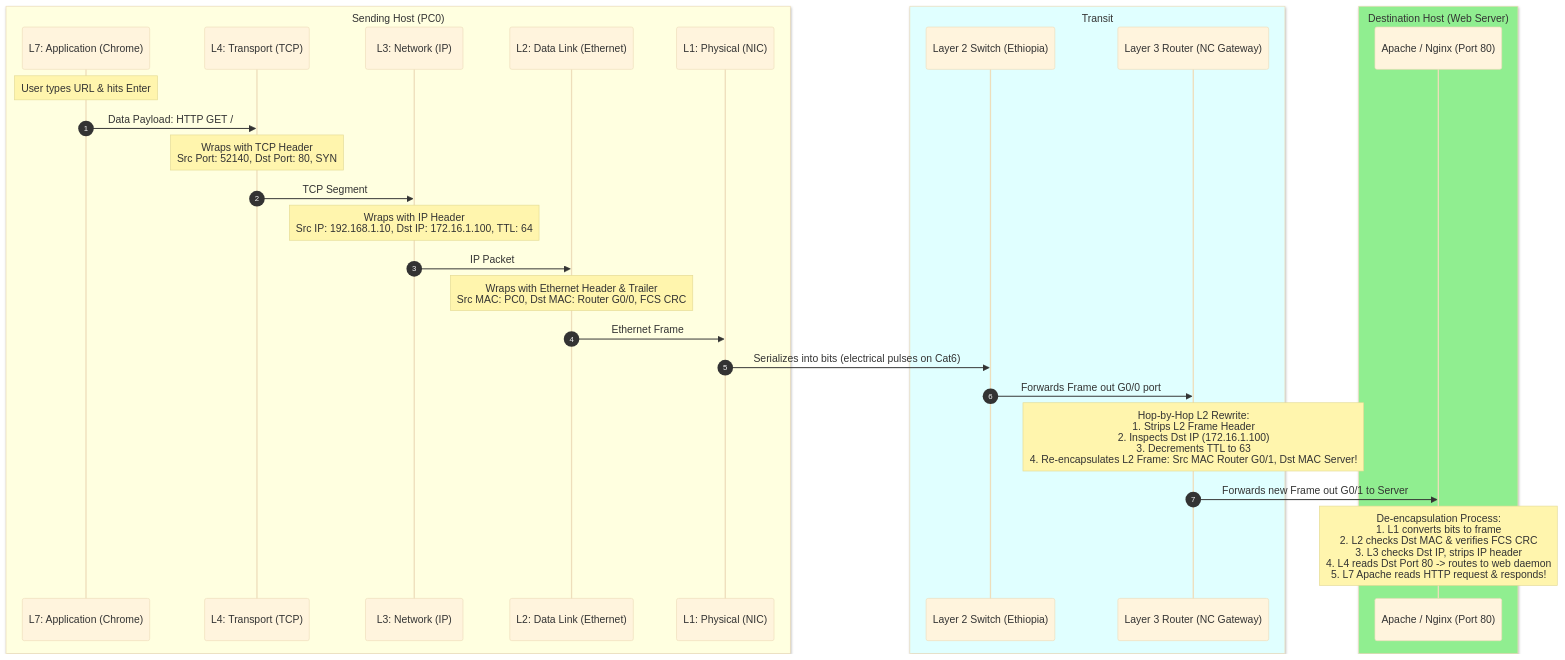
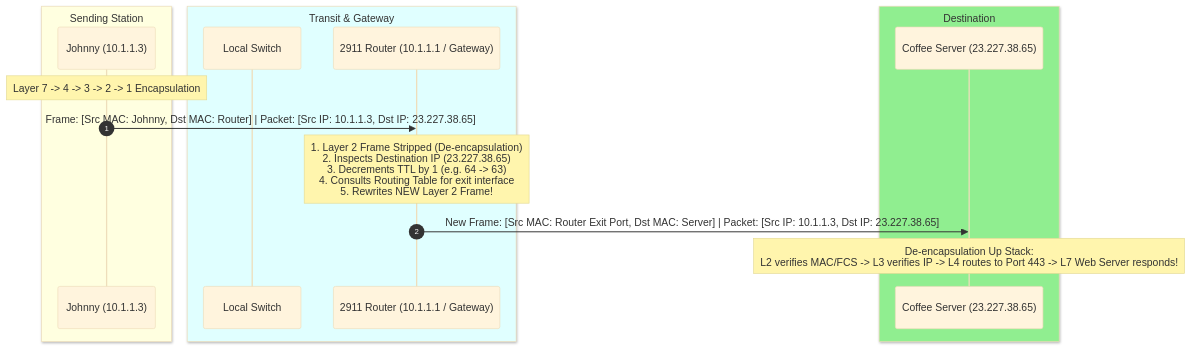
Before and after one commit to karnVen/LainNet: the diagram in 04 - REAL LIFE example (TCPIP and OSI layers) -- FREE CCNA -- EP 4.md, drawn with Mermaid (base theme). The commit also changed other lines of this file and 6 other files, not shown here.

````diff
--- a/04 - REAL LIFE example (TCPIP and OSI layers) -- FREE CCNA -- EP 4.md
+++ b/04 - REAL LIFE example (TCPIP and OSI layers) -- FREE CCNA -- EP 4.md
@@ -31,34 +143,23 @@
 ```mermaid
 sequenceDiagram
     autonumber
-    box LightYellow Sending Host (PC0)
-    participant L7 as L7: Application (Chrome)
-    participant L4 as L4: Transport (TCP)
-    participant L3 as L3: Network (IP)
-    participant L2 as L2: Data Link (Ethernet)
-    participant L1 as L1: Physical (NIC)
+    box LightYellow Sending Station
+    participant Johnny as Johnny (10.1.1.3)
     end
-    box LightCyan Transit
-    participant Switch as Layer 2 Switch (Ethiopia)
-    participant Router as Layer 3 Router (NC Gateway)
+    box LightCyan Transit & Gateway
+    participant Switch as Local Switch
+    participant Router as 2911 Router (10.1.1.1 / Gateway)
     end
-    box LightGreen Destination Host (Web Server)
-    participant Server as Apache / Nginx (Port 80)
+    box LightGreen Destination
+    participant Server as Coffee Server (23.227.38.65)
     end
 
-    Note over L7: User types URL & hits Enter
-    L7->>L4: Data Payload: HTTP GET /
-    Note over L4: Wraps with TCP Header<br/>Src Port: 52140, Dst Port: 80, SYN
-    L4->>L3: TCP Segment
-    Note over L3: Wraps with IP Header<br/>Src IP: 192.168.1.10, Dst IP: 172.16.1.100, TTL: 64
-    L3->>L2: IP Packet
-    Note over L2: Wraps with Ethernet Header & Trailer<br/>Src MAC: PC0, Dst MAC: Router G0/0, FCS CRC
-    L2->>L1: Ethernet Frame
-    L1->>Switch: Serializes into bits (electrical pulses on Cat6)
-
-    Switch->>Router: Forwards Frame out G0/0 port
-    Note over Router: Hop-by-Hop L2 Rewrite:<br/>1. Strips L2 Frame Header<br/>2. Inspects Dst IP (172.16.1.100)<br/>3. Decrements TTL to 63<br/>4. Re-encapsulates L2 Frame: Src MAC Router G0/1, Dst MAC Server!
-    Router->>Server: Forwards new Frame out G0/1 to Server
-
-    Note over Server: De-encapsulation Process:<br/>1. L1 converts bits to frame<br/>2. L2 checks Dst MAC & verifies FCS CRC<br/>3. L3 checks Dst IP, strips IP header<br/>4. L4 reads Dst Port 80 -> routes to web daemon<br/>5. L7 Apache reads HTTP request & responds!
+    Note over Johnny: Layer 7 -> 4 -> 3 -> 2 -> 1 Encapsulation
+    Johnny->>Router: Frame: [Src MAC: Johnny, Dst MAC: Router] | Packet: [Src IP: 10.1.1.3, Dst IP: 23.227.38.65]
+    
+    Note over Router: 1. Layer 2 Frame Stripped (De-encapsulation)<br/>2. Inspects Destination IP (23.227.38.65)<br/>3. Decrements TTL by 1 (e.g. 64 -> 63)<br/>4. Consults Routing Table for exit interface<br/>5. Rewrites NEW Layer 2 Frame!
+    
+    Router->>Server: New Frame: [Src MAC: Router Exit Port, Dst MAC: Server] | Packet: [Src IP: 10.1.1.3, Dst IP: 23.227.38.65]
+    
+    Note over Server: De-encapsulation Up Stack:<br/>L2 verifies MAC/FCS -> L3 verifies IP -> L4 routes to Port 443 -> L7 Web Server responds!
 ```
````
